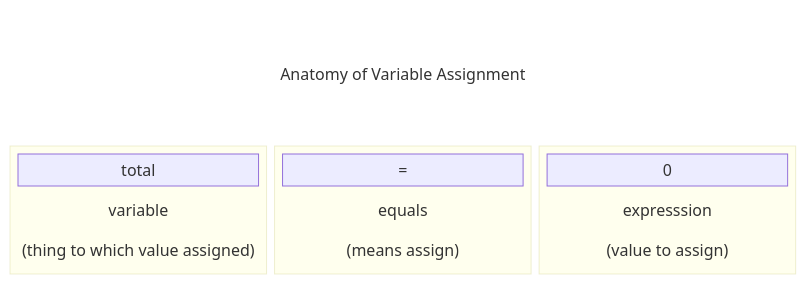
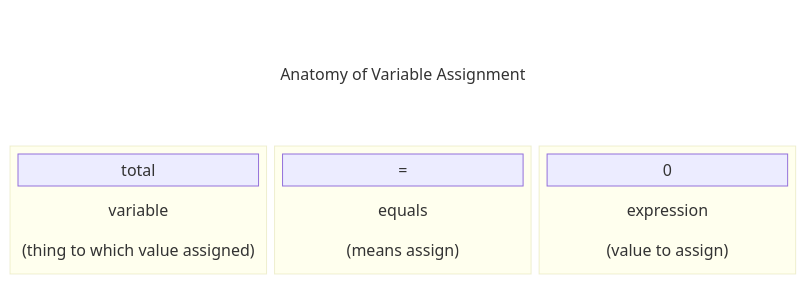
Before and after one commit to flempriere/BeginToCodeWithPython: the diagram in 01_ProgrammingFundamentals/04_WorkingWithVariables/Chapter_04.md, drawn with Mermaid.

````diff
--- a/01_ProgrammingFundamentals/04_WorkingWithVariables/Chapter_04.md
+++ b/01_ProgrammingFundamentals/04_WorkingWithVariables/Chapter_04.md
@@ -19,37 +19,37 @@
 ```mermaid
 block
     columns 3
     space
     title["Anatomy of Variable Assignment"]
     space
 
     block:variable
     columns 1
         varName["total"]
         variablebody["variable"]
         variableDescr["(thing to which value assigned)"]
     end
 
     block:equals
     columns 1
         equalsSymbol["="]
         equalsName["equals"]
         equalsDescr["(means assign)"]
     end
 
     block:argumentblock
     columns 1
         zero["0"]
-        zeroName["expresssion"]
+        zeroName["expression"]
         zeroDescr["(value to assign)"]
     end
 
 classDef BG stroke:transparent, fill:transparent
 class title BG
 class variablebody BG
 class variableDescr BG
 class equalsName BG
 class equalsDescr BG
 class zeroName BG
 class zeroDescr BG
 ```
````
